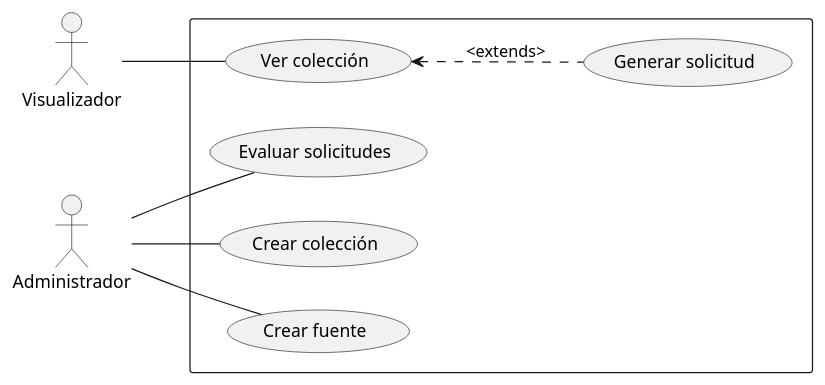
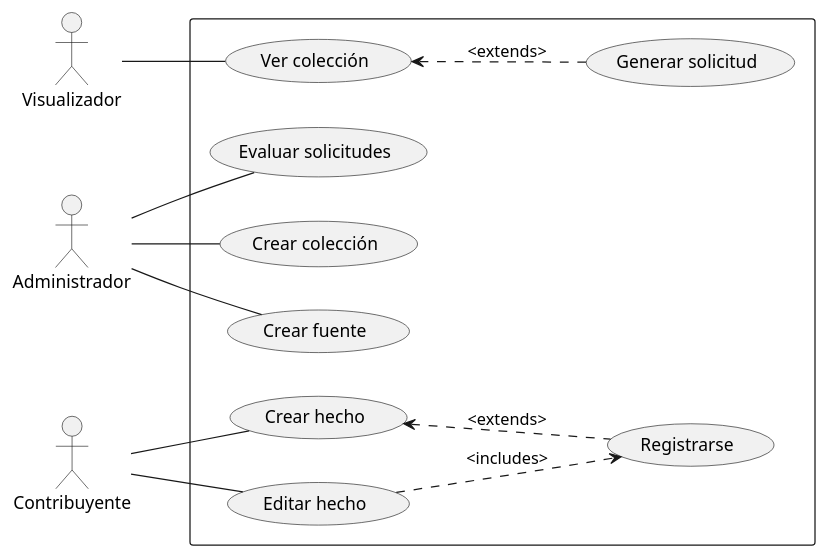
Before and after one commit to lrizzitano/Metamapa: the diagram in diagramas/diagrama-casos_de_uso.puml, drawn with PlantUML.

Commit message:
Añado nuevos CU, y un posiblemente polémico registrarse

```diff
--- a/diagramas/diagrama-casos_de_uso.puml
+++ b/diagramas/diagrama-casos_de_uso.puml
@@ -1,24 +1,34 @@
 @startuml
 left to right direction
 
 actor Visualizador
 actor Administrador
+actor Contribuyente
+
 
 rectangle {
  usecase "Ver colección" as UC1
  usecase "Evaluar solicitudes" as UC2
  usecase "Crear colección" as UC3
  usecase "Crear fuente" as UC4
+ usecase "Crear hecho" as UC5
+ usecase "Editar hecho" as UC6
 
  usecase "Generar solicitud" as UC1.1
+ usecase "Registrarse" as UC0.5
 }
 
 Visualizador -- UC1
 Administrador -- UC2
 Administrador -- UC3
 Administrador -- UC4
+Contribuyente -- UC5
+Contribuyente -- UC6
+
 
 
 UC1 <.. UC1.1 : <extends>
+UC5 <.. UC0.5 : <extends>
+UC6 ..> UC0.5: <includes>
 
 @enduml
```
